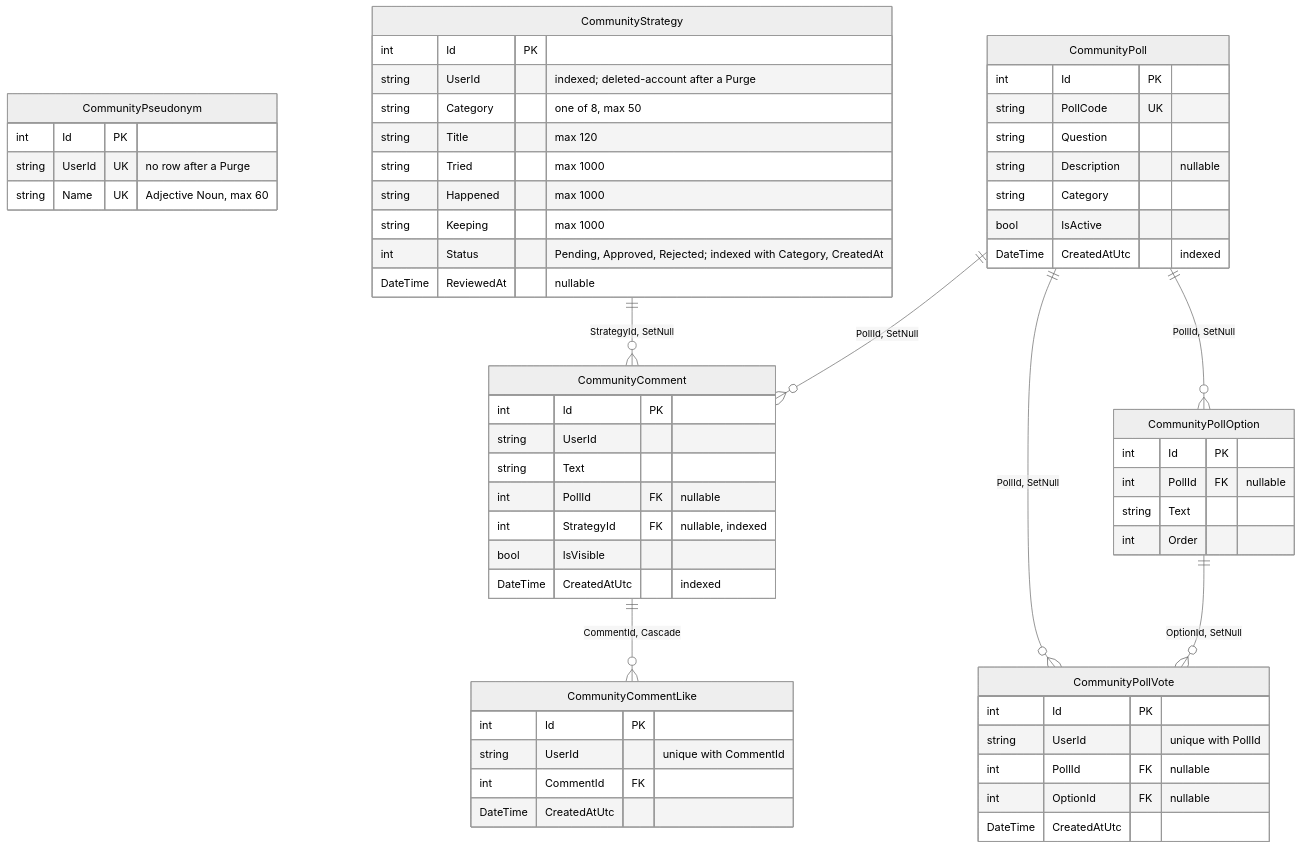
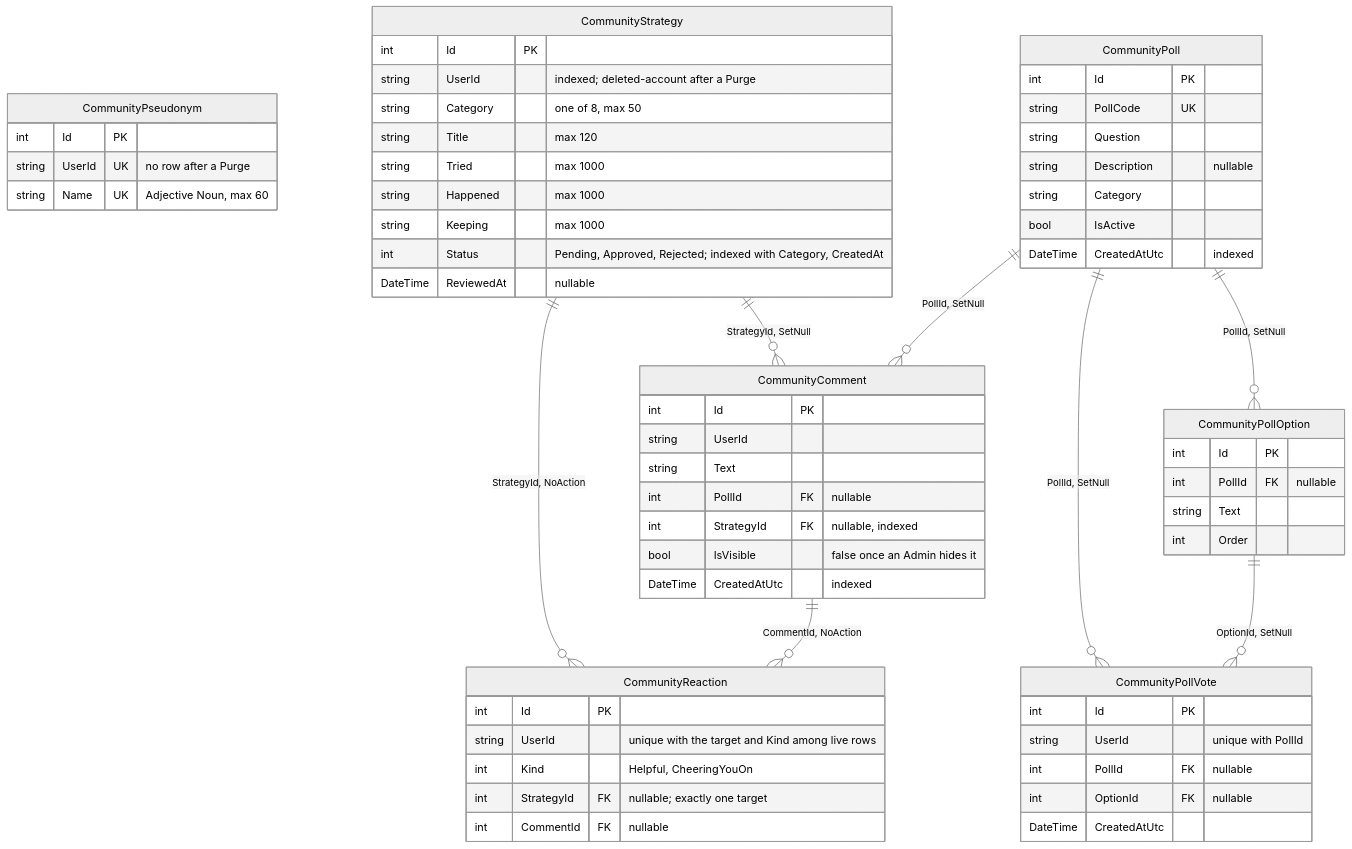
Before and after one commit to tngo0508/PersonalFinance: the fifth of 28 diagrams in docs/DIAGRAMS.md, drawn with Mermaid (neutral theme). The commit also changed other lines of this file and 48 other files, not shown here.

````diff
--- a/docs/DIAGRAMS.md
+++ b/docs/DIAGRAMS.md
@@ -418,63 +418,65 @@
 ```mermaid
 erDiagram
     CommunityPseudonym {
         int Id PK
         string UserId UK "no row after a Purge"
         string Name UK "Adjective Noun, max 60"
     }
     CommunityStrategy {
         int Id PK
         string UserId "indexed; deleted-account after a Purge"
         string Category "one of 8, max 50"
         string Title "max 120"
         string Tried "max 1000"
         string Happened "max 1000"
         string Keeping "max 1000"
         int Status "Pending, Approved, Rejected; indexed with Category, CreatedAt"
         DateTime ReviewedAt "nullable"
     }
     CommunityComment {
         int Id PK
         string UserId
         string Text
         int PollId FK "nullable"
         int StrategyId FK "nullable, indexed"
-        bool IsVisible
+        bool IsVisible "false once an Admin hides it"
         DateTime CreatedAtUtc "indexed"
     }
-    CommunityCommentLike {
+    CommunityReaction {
         int Id PK
-        string UserId "unique with CommentId"
-        int CommentId FK
-        DateTime CreatedAtUtc
+        string UserId "unique with the target and Kind among live rows"
+        int Kind "Helpful, CheeringYouOn"
+        int StrategyId FK "nullable; exactly one target"
+        int CommentId FK "nullable"
     }
     CommunityPoll {
         int Id PK
         string PollCode UK
         string Question
         string Description "nullable"
         string Category
         bool IsActive
         DateTime CreatedAtUtc "indexed"
     }
     CommunityPollOption {
         int Id PK
         int PollId FK "nullable"
         string Text
         int Order
     }
     CommunityPollVote {
         int Id PK
         string UserId "unique with PollId"
         int PollId FK "nullable"
         int OptionId FK "nullable"
         DateTime CreatedAtUtc
     }
 
     CommunityStrategy ||--o{ CommunityComment : "StrategyId, SetNull"
-    CommunityComment ||--o{ CommunityCommentLike : "CommentId, Cascade"
+    CommunityStrategy ||--o{ CommunityReaction : "StrategyId, NoAction"
+    CommunityComment ||--o{ CommunityReaction : "CommentId, NoAction"
     CommunityPoll ||--o{ CommunityPollOption : "PollId, SetNull"
     CommunityPoll ||--o{ CommunityPollVote : "PollId, SetNull"
     CommunityPoll ||--o{ CommunityComment : "PollId, SetNull"
     CommunityPollOption ||--o{ CommunityPollVote : "OptionId, SetNull"
 ```
````
